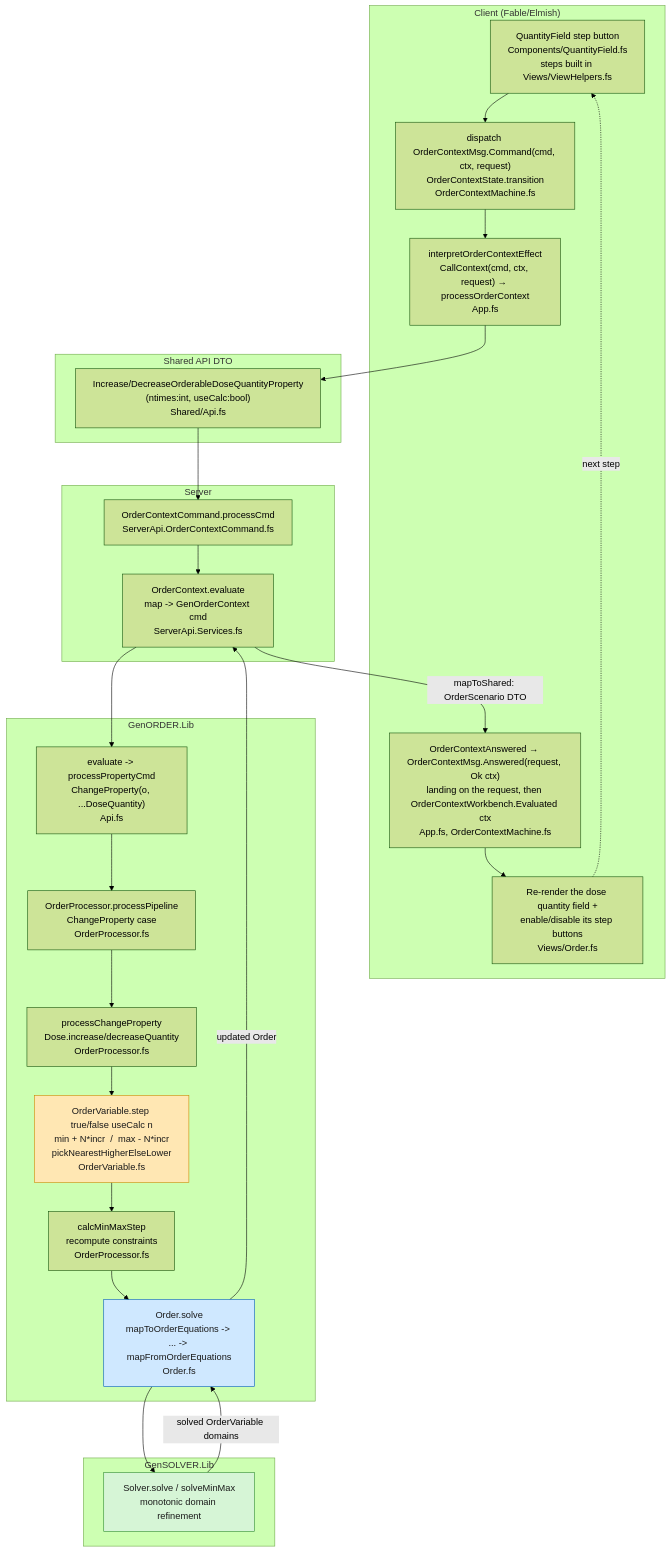
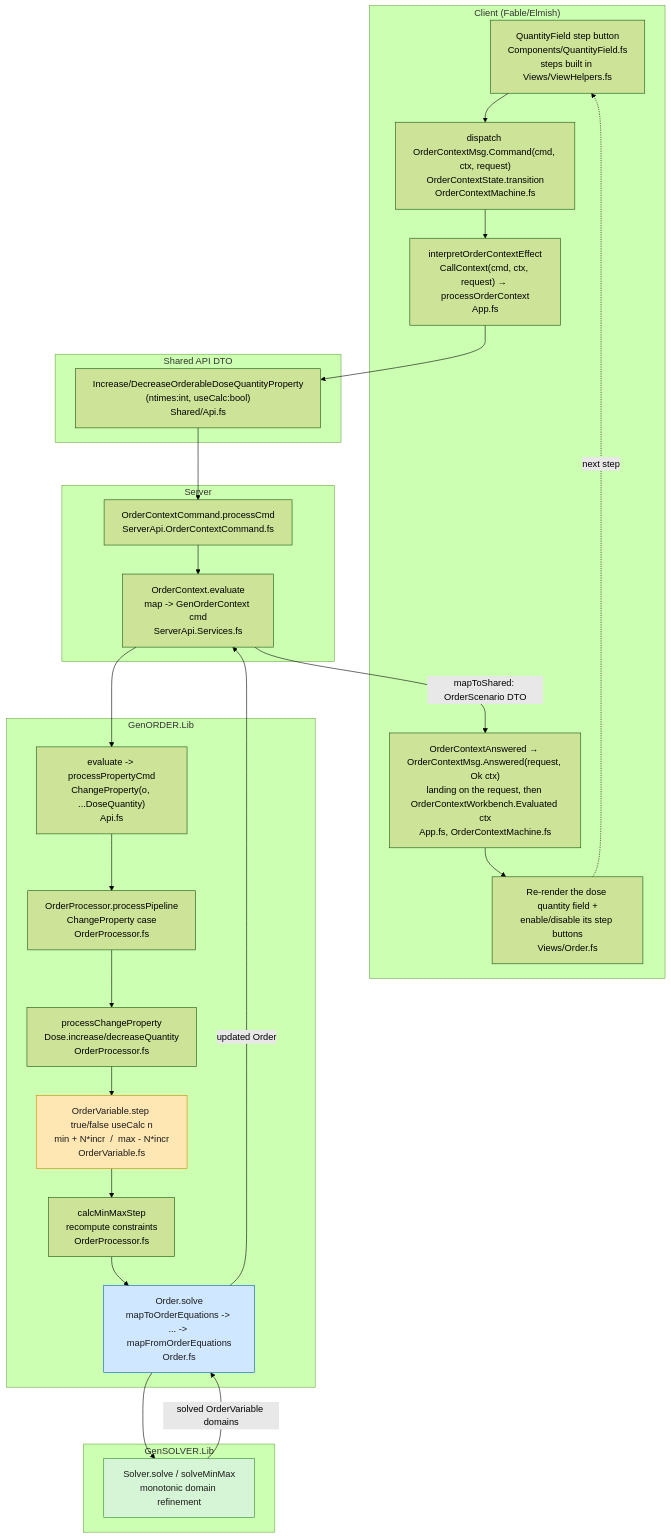
Before and after one commit to informedica/GenPRES: the first of 2 diagrams in docs/domain/dose-quantity-stepping-flow.md, drawn with Mermaid (forest theme). The commit also changed other lines of this file and 2 other files, not shown here.

````diff
--- a/docs/domain/dose-quantity-stepping-flow.md
+++ b/docs/domain/dose-quantity-stepping-flow.md
@@ -7,43 +7,43 @@
 ```mermaid
 flowchart TD
     subgraph CLIENT["Client (Fable/Elmish)"]
         UI["QuantityField step button<br/>Components/QuantityField.fs<br/>steps built in Views/ViewHelpers.fs"]
         MSG["dispatch OrderContextMsg.Command(cmd, ctx, request)<br/>OrderContextState.transition<br/>OrderContextMachine.fs"]
         CALL["interpretOrderContextEffect<br/>CallContext(cmd, ctx, request) → processOrderContext<br/>App.fs"]
         RESP["OrderContextAnswered → OrderContextMsg.Answered(request, Ok ctx)<br/>landing on the request, then OrderContextWorkbench.Evaluated ctx<br/>App.fs, OrderContextMachine.fs"]
         RENDER["Re-render the dose quantity field +<br/>enable/disable its step buttons<br/>Views/Order.fs"]
     end
 
     subgraph SHARED["Shared API DTO"]
         CMD["Increase/DecreaseOrderableDoseQuantityProperty<br/>(ntimes:int, useCalc:bool)<br/>Shared/Api.fs"]
     end
 
     subgraph SERVER["Server"]
         SCMD["OrderContextCommand.processCmd<br/>ServerApi.OrderContextCommand.fs"]
         SEVAL["OrderContext.evaluate<br/>map -> GenOrderContext cmd<br/>ServerApi.Services.fs"]
     end
 
     subgraph GENORDER["GenORDER.Lib"]
         GEVAL["evaluate -> processPropertyCmd<br/>ChangeProperty(o, ...DoseQuantity)<br/>Api.fs"]
         PIPE["OrderProcessor.processPipeline<br/>ChangeProperty case<br/>OrderProcessor.fs"]
         PCHANGE["processChangeProperty<br/>Dose.increase/decreaseQuantity<br/>OrderProcessor.fs"]
-        STEP["OrderVariable.step true/false useCalc n<br/>min + N*incr  /  max - N*incr<br/>pickNearestHigherElseLower<br/>OrderVariable.fs"]
+        STEP["OrderVariable.step true/false useCalc n<br/>min + N*incr  /  max - N*incr<br/>OrderVariable.fs"]
         CALCMM["calcMinMaxStep<br/>recompute constraints<br/>OrderProcessor.fs"]
         SOLVE["Order.solve<br/>mapToOrderEquations -> ... -> mapFromOrderEquations<br/>Order.fs"]
     end
 
     subgraph SOLVER["GenSOLVER.Lib"]
         GS["Solver.solve / solveMinMax<br/>monotonic domain refinement"]
     end
 
     UI --> MSG --> CALL --> CMD --> SCMD --> SEVAL --> GEVAL --> PIPE --> PCHANGE --> STEP --> CALCMM --> SOLVE --> GS
     GS -->|solved OrderVariable domains| SOLVE
     SOLVE -->|updated Order| SEVAL
     SEVAL -->|mapToShared: OrderScenario DTO| RESP
     RESP --> RENDER
     RENDER -.->|next step| UI
 
     style STEP fill:#ffe7b3,stroke:#cc8800,color:#1a1a1a
     style SOLVE fill:#cfe8ff,stroke:#005bbb,color:#1a1a1a
     style GS fill:#d6f5d6,stroke:#2e8b2e,color:#1a1a1a
 ```
````
